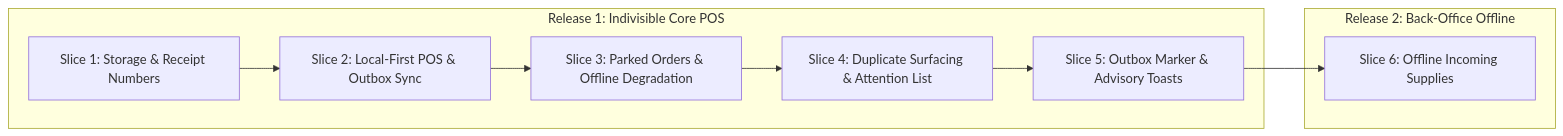
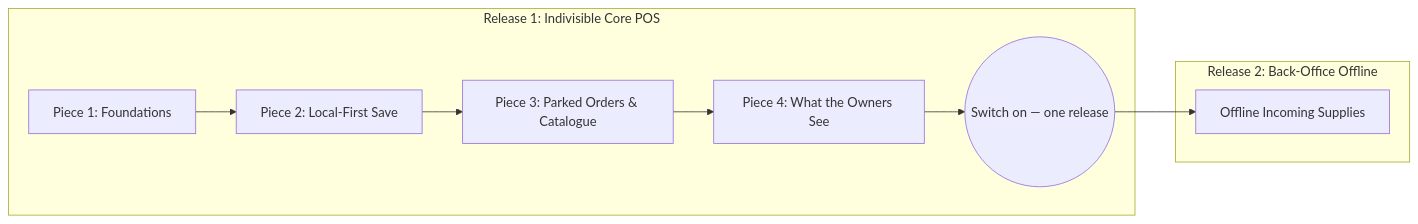
Before and after one commit to alvinleyble/leyble-hub: the second of 2 diagrams in docs/product/proposals/v2-5-offline-accessibility.md, drawn with Mermaid. The commit also changed other lines of this file and 43 other files, not shown here.

First line of the commit message:
feat(v2.5): offline core foundations — stations, receipt numbers, native outbox (piece 1/4)

````diff
--- a/docs/product/proposals/v2-5-offline-accessibility.md
+++ b/docs/product/proposals/v2-5-offline-accessibility.md
@@ -153,13 +211,13 @@
 ```mermaid
 graph LR
     subgraph Release 1: Indivisible Core POS
-        S1[Slice 1: Storage & Receipt Numbers] --> S2[Slice 2: Local-First POS & Outbox Sync]
-        S2 --> S3[Slice 3: Parked Orders & Offline Degradation]
-        S3 --> S4[Slice 4: Duplicate Surfacing & Attention List]
-        S4 --> S5[Slice 5: Outbox Marker & Advisory Toasts]
+        P1[Piece 1: Foundations] --> P2[Piece 2: Local-First Save]
+        P2 --> P3[Piece 3: Parked Orders & Catalogue]
+        P3 --> P4[Piece 4: What the Owners See]
+        P4 --> SW((Switch on — one release))
     end
 
     subgraph Release 2: Back-Office Offline
-        S5 --> S6[Slice 6: Offline Incoming Supplies]
+        SW --> R2[Offline Incoming Supplies]
     end
 ```
````
